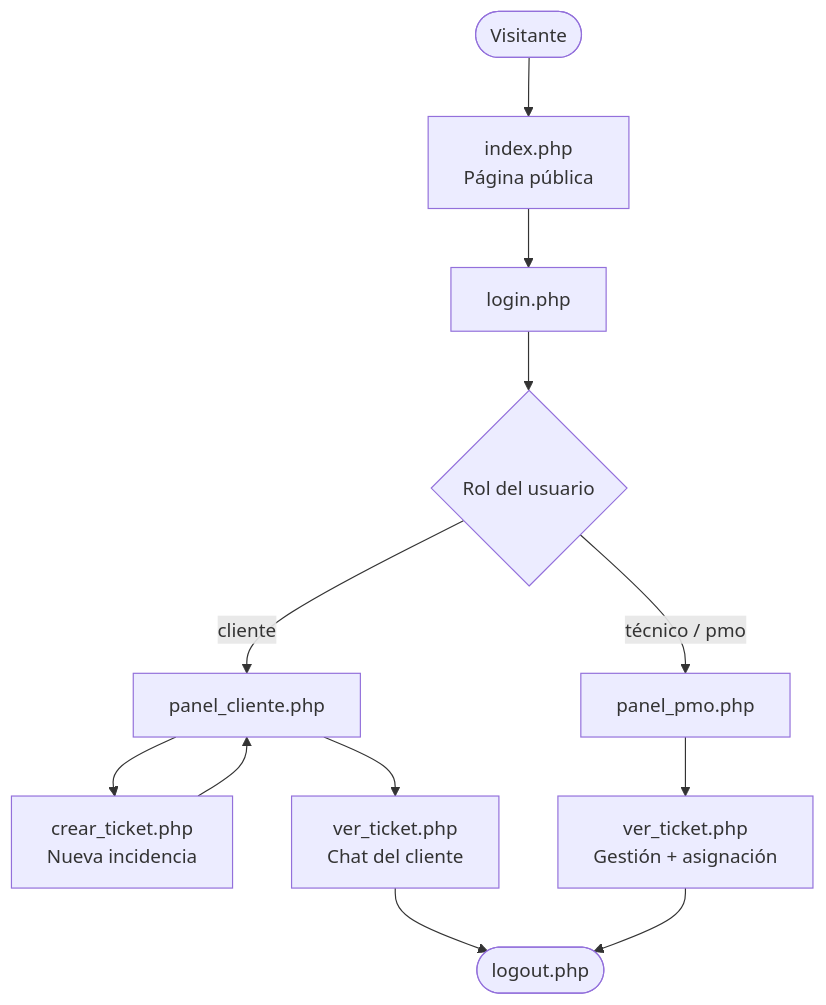
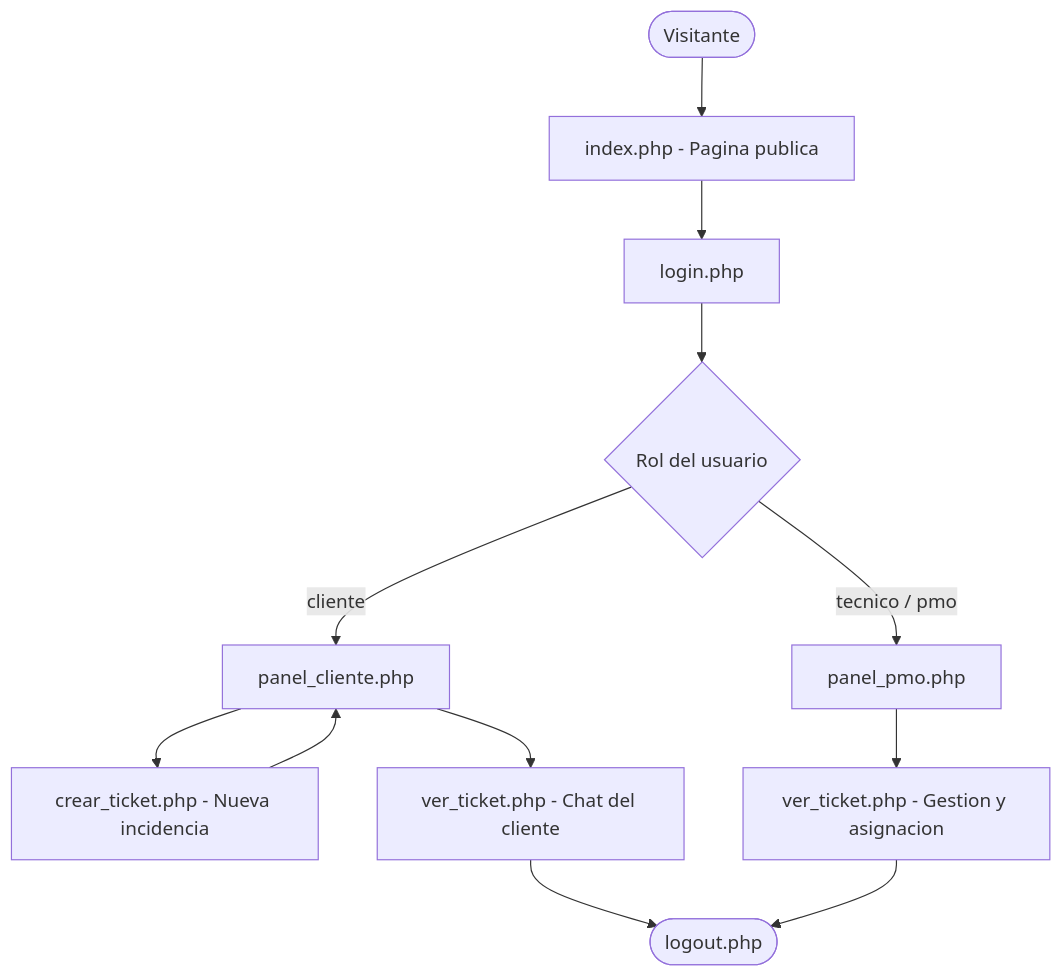
Before and after one commit to alicenon/techflow: the second of 4 diagrams in diagramas_mermaid.md, drawn with Mermaid. The commit also changed other lines of this file, not shown here.

Commit message:
docs: limpiado codigo mermaid de caracteres especiales para evitar parse error

````diff
--- a/diagramas_mermaid.md
+++ b/diagramas_mermaid.md
@@ -28,14 +30,14 @@
 ```mermaid
 flowchart TD
-    A([Visitante]) --> B[index.php\nPágina pública]
+    A([Visitante]) --> B[index.php - Pagina publica]
     B --> C[login.php]
     C --> D{Rol del usuario}
     D -->|cliente| E[panel_cliente.php]
-    D -->|técnico / pmo| F[panel_pmo.php]
-    E --> G[crear_ticket.php\nNueva incidencia]
-    E --> H[ver_ticket.php\nChat del cliente]
-    F --> I[ver_ticket.php\nGestión + asignación]
+    D -->|tecnico / pmo| F[panel_pmo.php]
+    E --> G[crear_ticket.php - Nueva incidencia]
+    E --> H[ver_ticket.php - Chat del cliente]
+    F --> I[ver_ticket.php - Gestion y asignacion]
     G --> E
     H --> J([logout.php])
     I --> J
 ```
````
